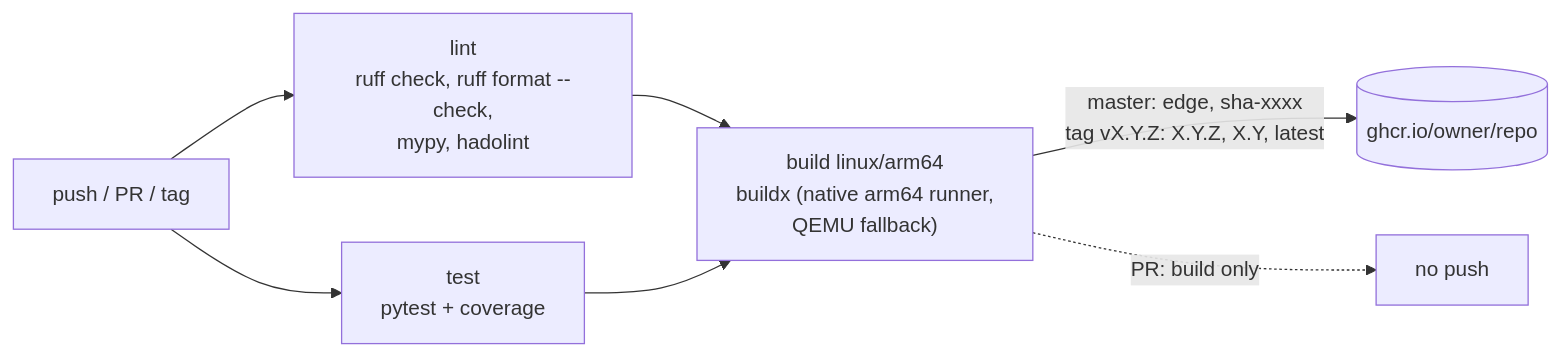
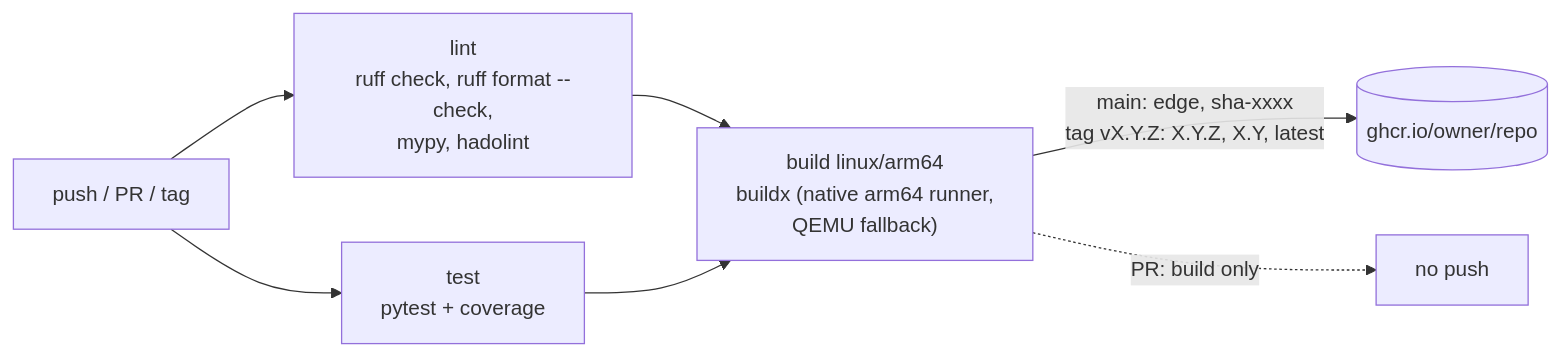
The seventh of 7 diagrams in docs/design.md (stefans22/trmnl-it8951-bridge), drawn with Mermaid before and after one commit. The commit also changed 1 other file, not shown here.

Commit message:
Use main as the default branch in CI and docs

````diff
--- a/docs/design.md
+++ b/docs/design.md
@@ -362,9 +362,9 @@
 ```mermaid
 flowchart LR
     T[push / PR / tag] --> L["lint<br/>ruff check, ruff format --check,<br/>mypy, hadolint"]
     T --> U["test<br/>pytest + coverage"]
     L --> B["build linux/arm64<br/>buildx (native arm64 runner,<br/>QEMU fallback)"]
     U --> B
-    B -->|"master: edge, sha-xxxx<br/>tag vX.Y.Z: X.Y.Z, X.Y, latest"| R[(ghcr.io/owner/repo)]
+    B -->|"main: edge, sha-xxxx<br/>tag vX.Y.Z: X.Y.Z, X.Y, latest"| R[(ghcr.io/owner/repo)]
     B -.->|PR: build only| X[no push]
 ```
````
